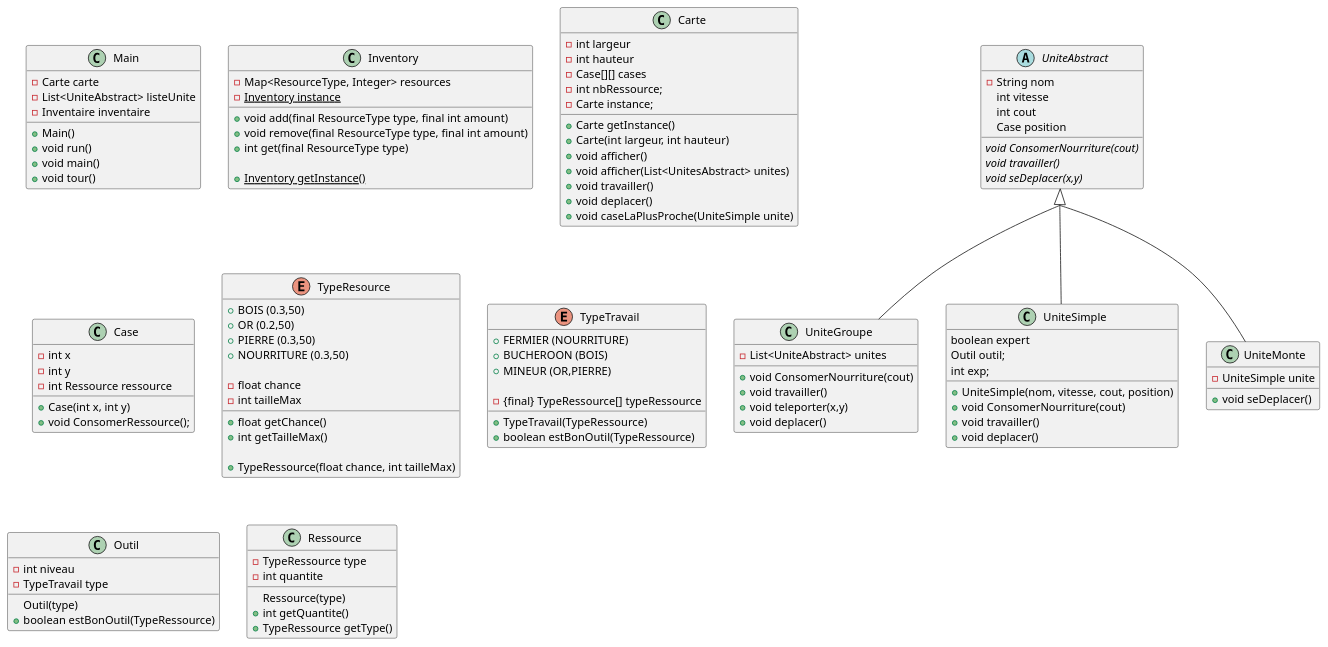
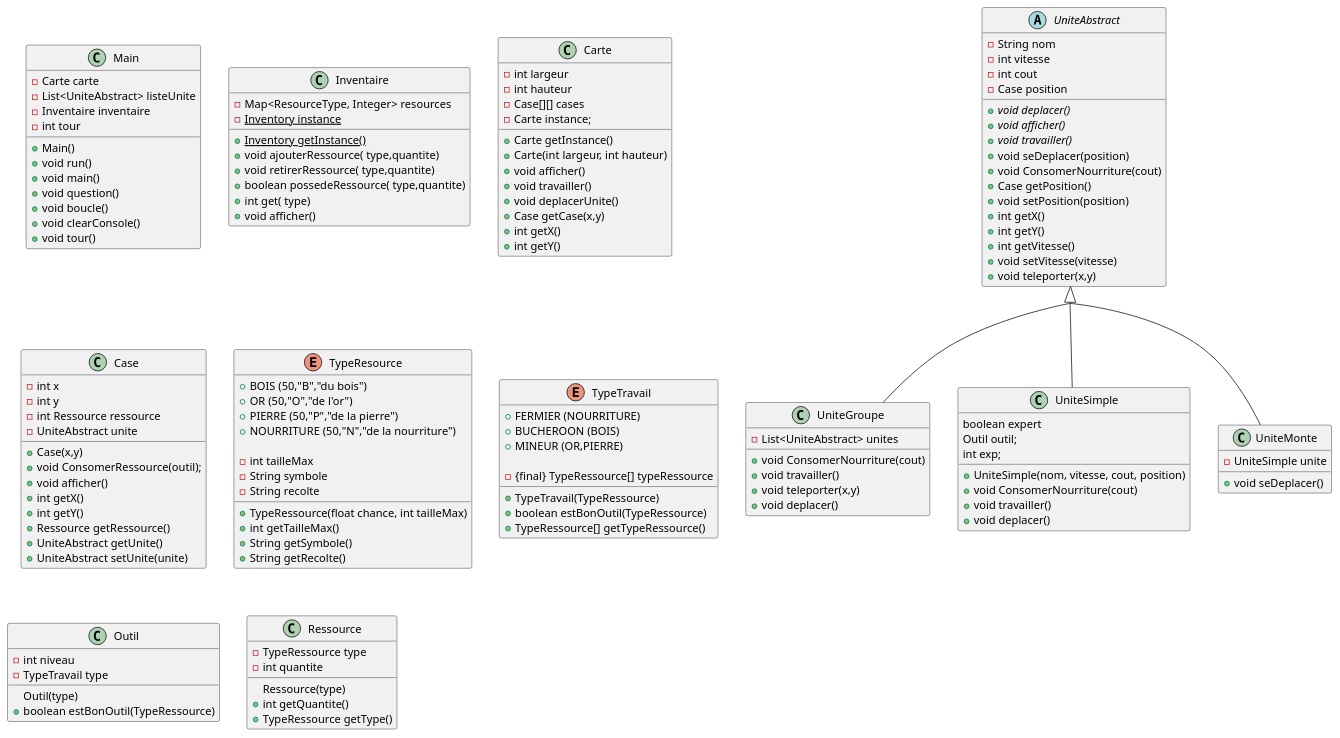
One commit to Pireeee/ProjetStrategie changed the diagram in src/main/Diagram.puml. Above: the diagram before and after it, drawn with PlantUML. The commit also changed 7 other files, not shown here.

```diff
--- a/src/main/Diagram.puml
+++ b/src/main/Diagram.puml
@@ -1,129 +1,153 @@
 @startuml
 skinparam groupInheritance 2
 
 class Main {
   -Carte carte
   -List<UniteAbstract> listeUnite
   -Inventaire inventaire
+  -int tour
 
   +Main()
   +void run()
   +void main()
+  +void question()
+  +void boucle()
+  +void clearConsole()
   +void tour()
 }
 
-class Inventory {
+class Inventaire {
   -Map<ResourceType, Integer> resources
   -{static} Inventory instance
 
-  +void add(final ResourceType type, final int amount)
-  +void remove(final ResourceType type, final int amount)
-  +int get(final ResourceType type)
-
   +{static} Inventory getInstance()
+  +void ajouterRessource( type,quantite)
+  +void retirerRessource( type,quantite)
+  +boolean possedeRessource( type,quantite)
+  +int get( type)
+  +void afficher()
 }
 
 class Carte {
   -int largeur
   -int hauteur
   -Case[][] cases
-  -int nbRessource;
   -Carte instance;
 
   +Carte getInstance()
   +Carte(int largeur, int hauteur)
   +void afficher()
-  +void afficher(List<UnitesAbstract> unites)
   +void travailler()
-  +void deplacer()
-  +void caseLaPlusProche(UniteSimple unite)
+  +void deplacerUnite()
+  +Case getCase(x,y)
+  +int getX()
+  +int getY()
 }
 
 class Case {
   -int x
   -int y
   -int Ressource ressource
+  -UniteAbstract unite
 
-    +Case(int x, int y)
-    +void ConsomerRessource();
+  +Case(x,y)
+  +void ConsomerRessource(outil);
+  +void afficher()
+  +int getX()
+  +int getY()
+  +Ressource getRessource()
+  +UniteAbstract getUnite()
+  +UniteAbstract setUnite(unite)
 }
 
 enum TypeResource {
-  +{field} BOIS (0.3,50)
-  +{field} OR (0.2,50)
-  +{field} PIERRE (0.3,50)
-  +{field} NOURRITURE (0.3,50)
+  +{field} BOIS (50,"B","du bois")
+  +{field} OR (50,"O","de l'or")
+  +{field} PIERRE (50,"P","de la pierre")
+  +{field} NOURRITURE (50,"N","de la nourriture")
 
-  -float chance
   -int tailleMax
-
-  +float getChance()
-  +int getTailleMax()
+  -String symbole
+  -String recolte
 
   +TypeRessource(float chance, int tailleMax)
+  +int getTailleMax()
+  +String getSymbole()
+  +String getRecolte()
 }
 enum TypeTravail {
   +{field} FERMIER (NOURRITURE)
   +{field} BUCHEROON (BOIS)
   +{field} MINEUR (OR,PIERRE)
 
   -{final} TypeRessource[] typeRessource
 
   +TypeTravail(TypeRessource)
   +boolean estBonOutil(TypeRessource)
+  +TypeRessource[] getTypeRessource()
 }
 abstract class UniteAbstract{
   -String nom
-  int vitesse
-  int cout
-  Case position
+  -int vitesse
+  -int cout
+  -Case position
 
-  {abstract} void ConsomerNourriture(cout)
-  {abstract} void travailler()
-  {abstract} void seDeplacer(x,y)
+
+  +{abstract} void deplacer()
+  +{abstract} void afficher()
+  +{abstract} void travailler()
+  +void seDeplacer(position)
+  +void ConsomerNourriture(cout)
+  +Case getPosition()
+  +void setPosition(position)
+  +int getX()
+  +int getY()
+  +int getVitesse()
+  +void setVitesse(vitesse)
+  +void teleporter(x,y)
 }
 
 class UniteGroupe extends UniteAbstract {
   -List<UniteAbstract> unites
 
   +void ConsomerNourriture(cout)
   +void travailler()
   +void teleporter(x,y)
   +void deplacer()
 }
 
 class UniteSimple extends UniteAbstract {
    boolean expert
    Outil outil;
    int exp;
 
    +UniteSimple(nom, vitesse, cout, position)
    +void ConsomerNourriture(cout)
    +void travailler()
    +void deplacer()
 
 }
 
 class UniteMonte extends UniteAbstract {
   -UniteSimple unite
 
   +void seDeplacer()
 }
 
 class Outil{
   -int niveau
   -TypeTravail type
 
   Outil(type)
   +boolean estBonOutil(TypeRessource)
 }
 class Ressource{
   -TypeRessource type
   -int quantite
 
   Ressource(type)
   +int getQuantite()
   +TypeRessource getType()
 }
 
 @enduml
```
